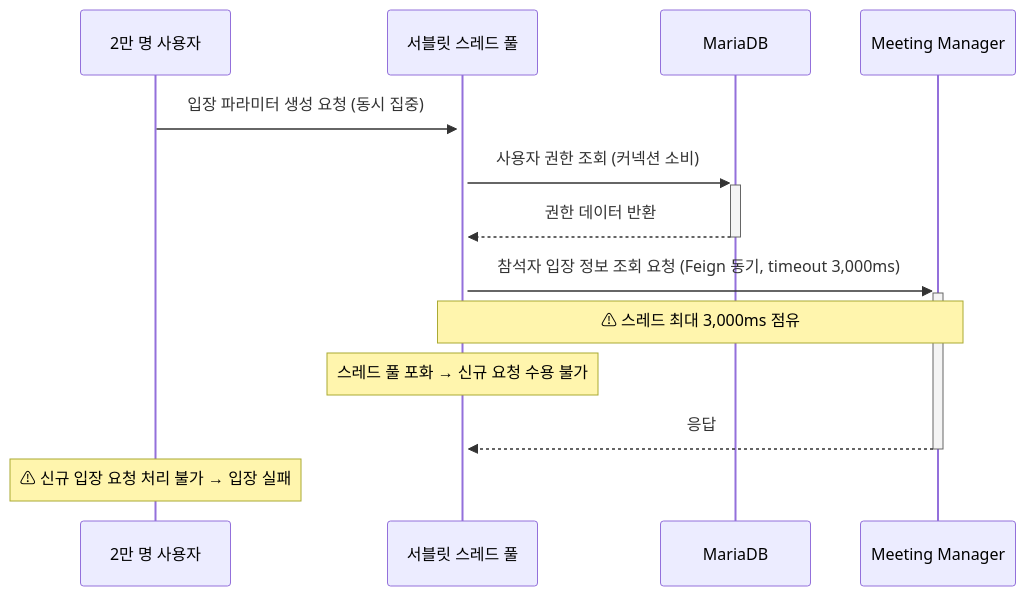
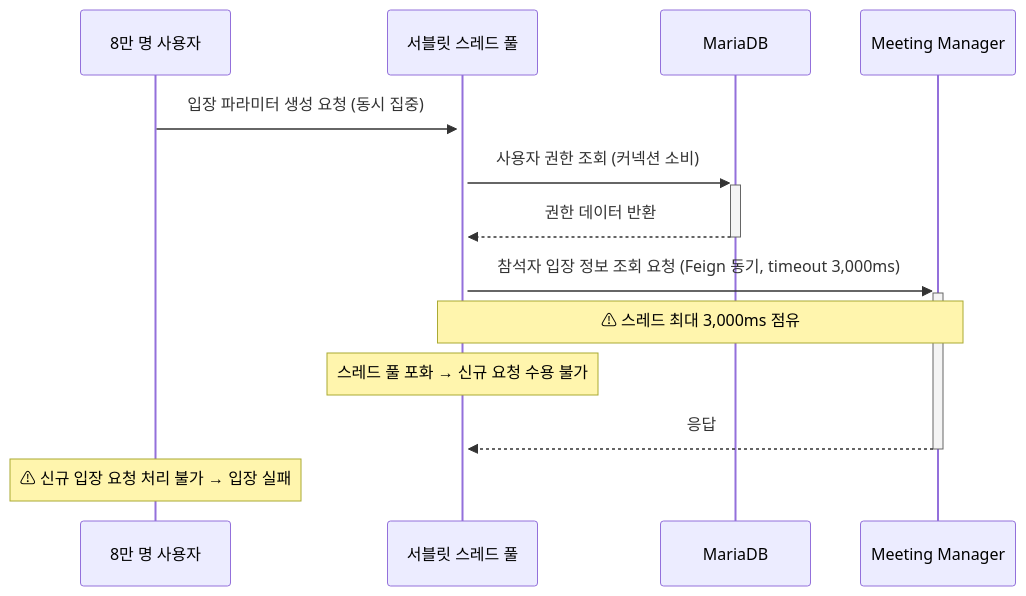
The diagram in docs/02-system-overview/1.2-issues/ISSUE-01-동시입장시스레드커넥션풀고갈.md (sujinnkim/A_Personal), drawn with Mermaid before and after one commit. The commit also changed other lines of this file and 30 other files, not shown here.

````diff
--- a/docs/02-system-overview/1.2-issues/ISSUE-01-동시입장시스레드커넥션풀고갈.md
+++ b/docs/02-system-overview/1.2-issues/ISSUE-01-동시입장시스레드커넥션풀고갈.md
@@ -18,16 +18,16 @@
 ```mermaid
 sequenceDiagram
-    participant U as 2만 명 사용자
+    participant U as 8만 명 사용자
     participant TP as 서블릿 스레드 풀
     participant DB as MariaDB
     participant MM as Meeting Manager
 
     U->>+TP: 입장 파라미터 생성 요청 (동시 집중)
     TP->>+DB: 사용자 권한 조회 (커넥션 소비)
     DB-->>-TP: 권한 데이터 반환
     TP->>+MM: 참석자 입장 정보 조회 요청 (Feign 동기, timeout 3,000ms)
     Note over TP,MM: ⚠ 스레드 최대 3,000ms 점유
     Note over TP: 스레드 풀 포화 → 신규 요청 수용 불가
     MM-->>-TP: 응답
     Note over U: ⚠ 신규 입장 요청 처리 불가 → 입장 실패
 ```
````
